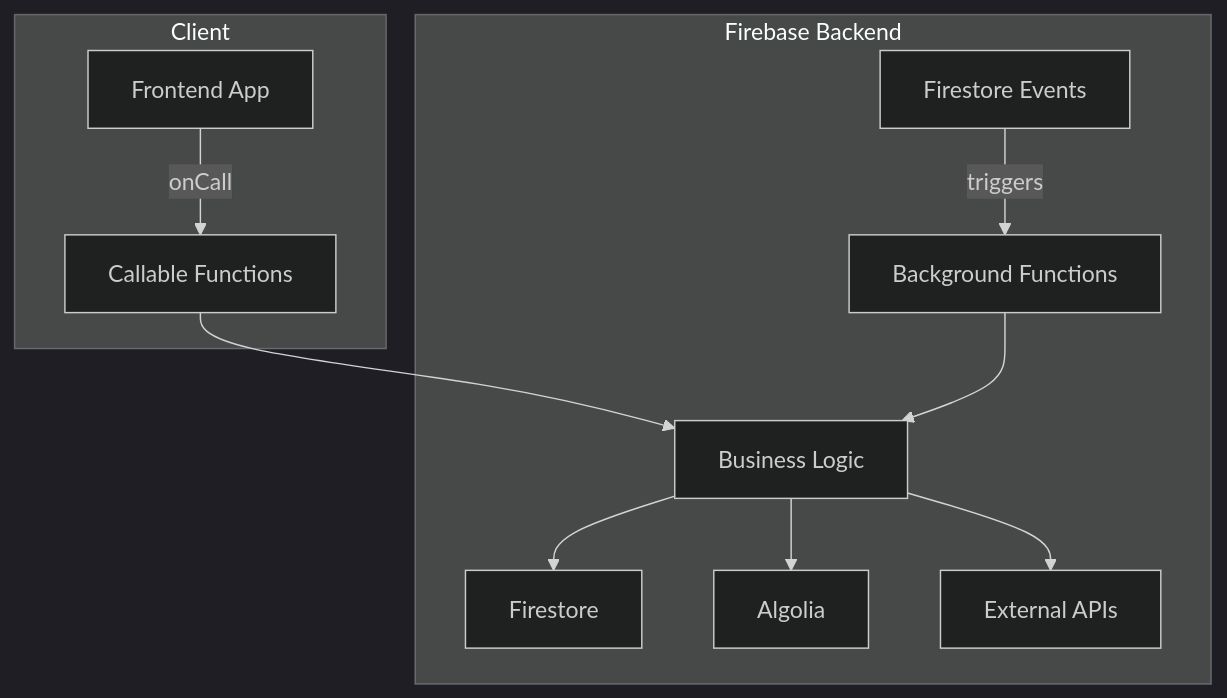
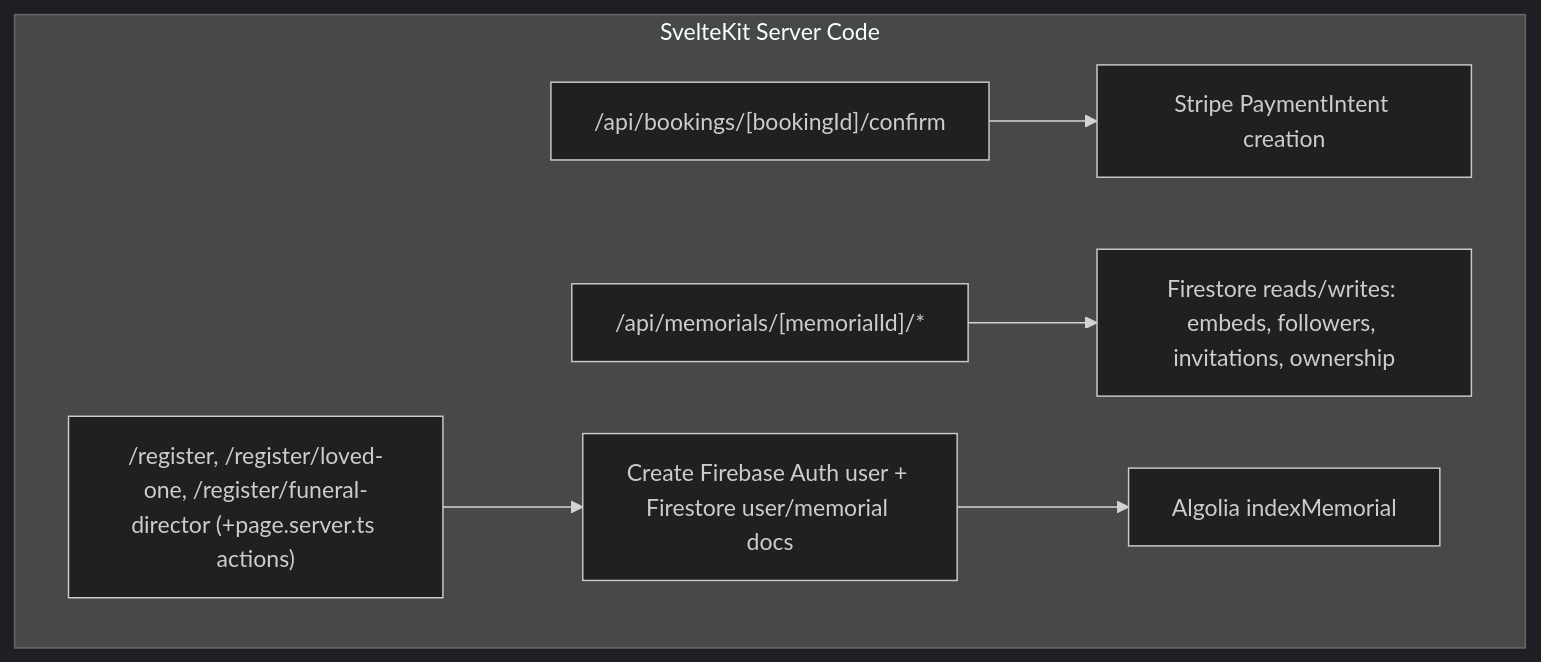
Before and after one commit to TimeMachine1994/081925-SvelteTweb: the fourth of 4 diagrams in frontend/technical-design/01-current-state-architecture.md, drawn with Mermaid (dark theme). The commit also changed other lines of this file and 155 other files, not shown here.

````diff
--- a/frontend/technical-design/01-current-state-architecture.md
+++ b/frontend/technical-design/01-current-state-architecture.md
@@ -79,15 +89,9 @@
 ```mermaid
 graph TD
-    subgraph "Client"
-        A[Frontend App] -- onCall --> B[Callable Functions];
-    end
-
-    subgraph "Firebase Backend"
-        B --> C[Business Logic];
-        D[Firestore Events] -- triggers --> E[Background Functions];
-        E --> C;
-        C --> F[Firestore];
-        C --> G[Algolia];
-        C --> H[External APIs];
+    subgraph "SvelteKit Server Code"
+        A["/register, /register/loved-one, /register/funeral-director (+page.server.ts actions)"] --> B[Create Firebase Auth user + Firestore user/memorial docs];
+        C["/api/bookings/[bookingId]/confirm"] --> D[Stripe PaymentIntent creation];
+        E["/api/memorials/[memorialId]/*"] --> F[Firestore reads/writes: embeds, followers, invitations, ownership];
+        B --> G[Algolia indexMemorial];
     end
 ```
````
